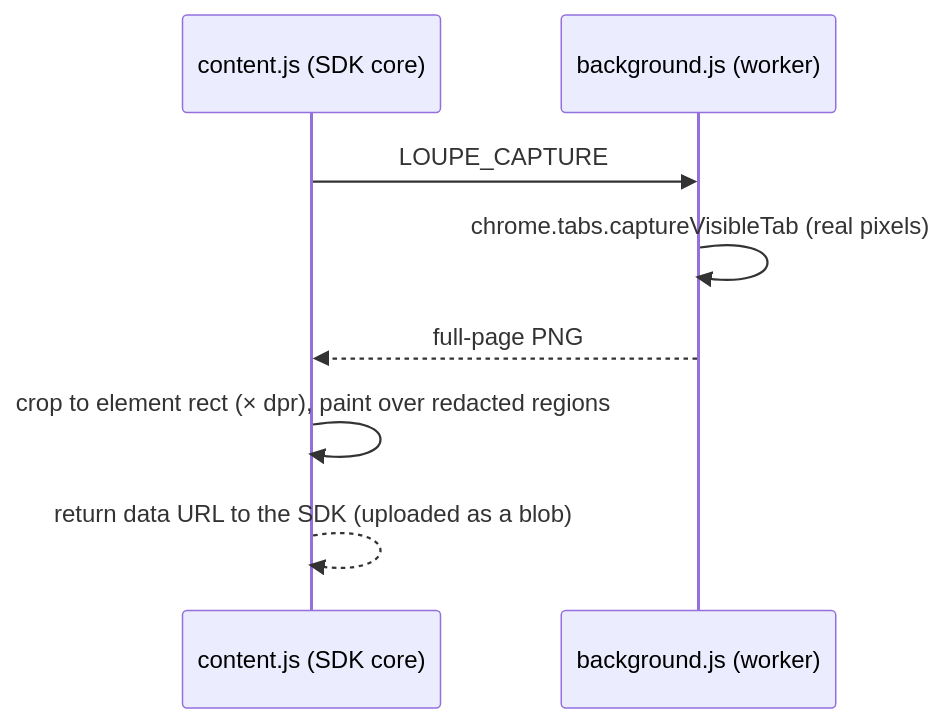
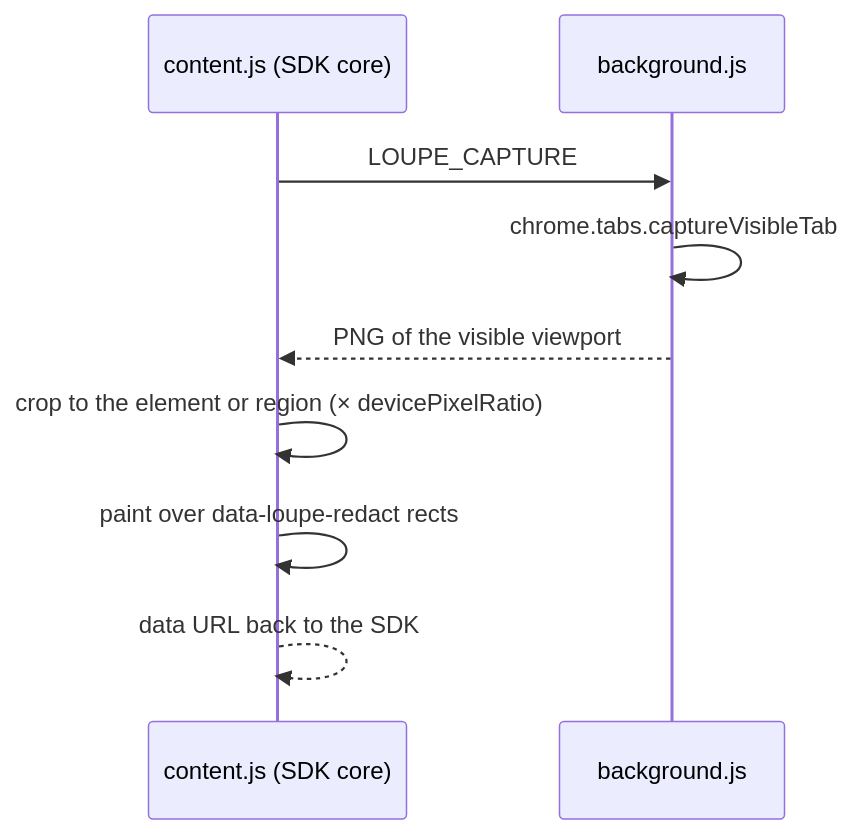
One commit to mohamed-ashraf-elsaed/loupe changed the eighth of 9 diagrams in docs/ARCHITECTURE.md. Above: the diagram before and after it, drawn with Mermaid. The commit also changed other lines of this file and 86 other files, not shown here.

````diff
--- a/docs/ARCHITECTURE.md
+++ b/docs/ARCHITECTURE.md
@@ -283,10 +525,11 @@
 ```mermaid
 sequenceDiagram
   participant C as content.js (SDK core)
-  participant BG as background.js (worker)
+  participant BG as background.js
   C->>BG: LOUPE_CAPTURE
-  BG->>BG: chrome.tabs.captureVisibleTab (real pixels)
-  BG-->>C: full-page PNG
-  C->>C: crop to element rect (× dpr), paint over redacted regions
-  C-->>C: return data URL to the SDK (uploaded as a blob)
+  BG->>BG: chrome.tabs.captureVisibleTab
+  BG-->>C: PNG of the visible viewport
+  C->>C: crop to the element or region (× devicePixelRatio)
+  C->>C: paint over data-loupe-redact rects
+  C-->>C: data URL back to the SDK
 ```
````
